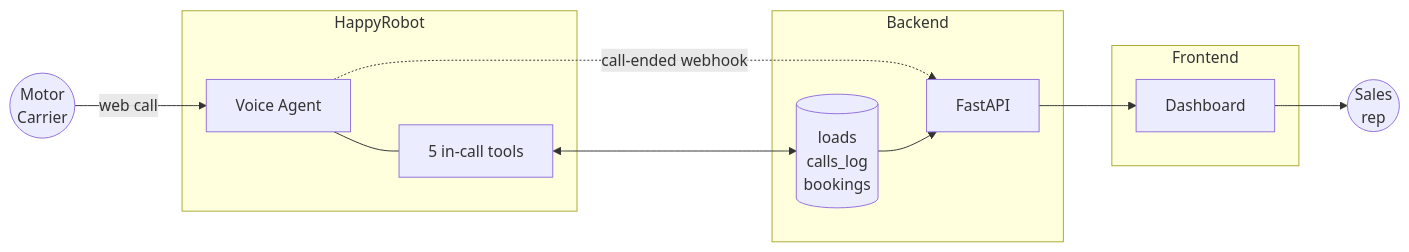
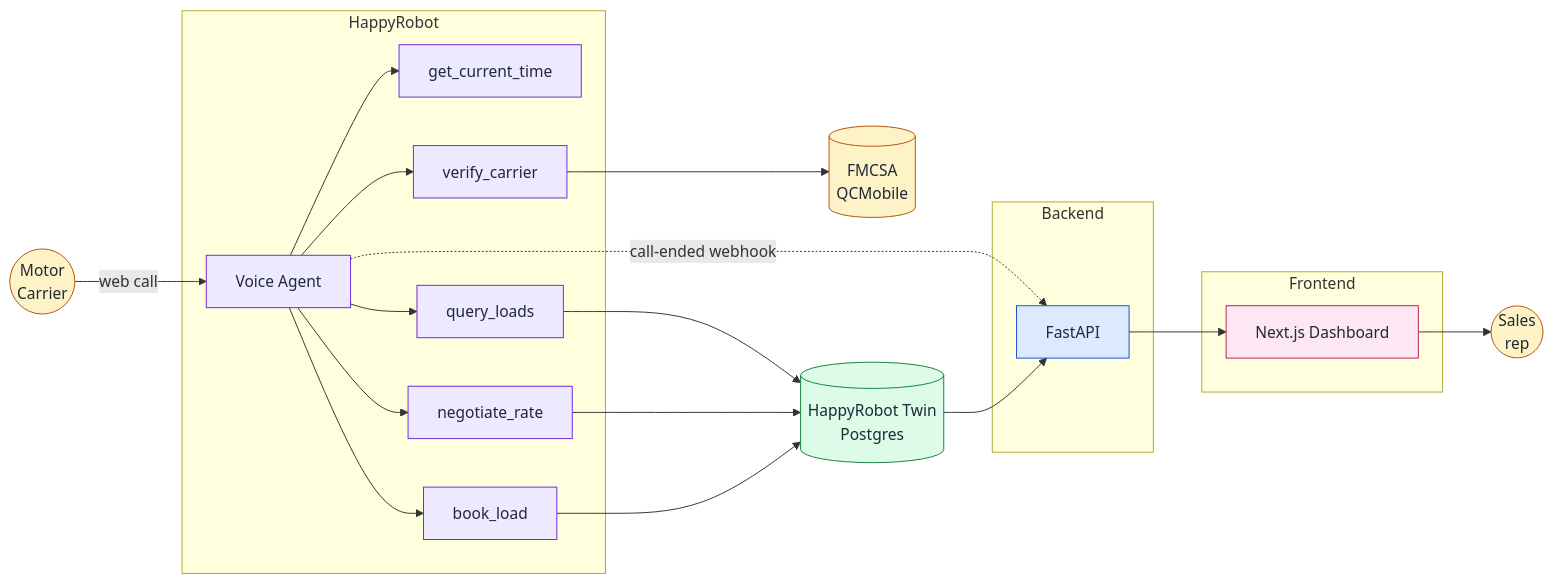
The diagram in README.md (AndresMorones/AcmeLogistics), drawn with Mermaid before and after one commit. The commit also changed other lines of this file and 1 other file, not shown here.

Commit message:
Docs refresh #5

````diff
--- a/README.md
+++ b/README.md
@@ -36,28 +36,54 @@
 ```mermaid
 flowchart LR
     Carrier((Motor<br/>Carrier))
 
     subgraph HappyRobot
         Voice[Voice Agent]
-        Tools[5 in-call tools]
-        Voice --- Tools
+        GetTime[get_current_time]
+        Verify[verify_carrier]
+        Query[query_loads]
+        Negotiate[negotiate_rate]
+        Book[book_load]
+
+        Voice --> GetTime
+        Voice --> Verify
+        Voice --> Query
+        Voice --> Negotiate
+        Voice --> Book
     end
+
+    FMCSA[(FMCSA<br/>QCMobile)]
+    Twin[(HappyRobot Twin<br/>Postgres)]
 
     subgraph Backend
         API[FastAPI]
-        Twin[(loads<br/>calls_log<br/>bookings)]
     end
 
     subgraph Frontend
-        Dash[Dashboard]
+        Dash[Next.js Dashboard]
     end
 
     Sales((Sales<br/>rep))
 
     Carrier -->|web call| Voice
-    Tools <--> Twin
+    Verify --> FMCSA
+    Query --> Twin
+    Negotiate --> Twin
+    Book --> Twin
     Voice -.->|call-ended webhook| API
     Twin --> API
     API --> Dash
     Dash --> Sales
+
+    classDef external fill:#fef3c7,stroke:#b45309,color:#1f2937
+    classDef hrNode fill:#ede9fe,stroke:#6d28d9,color:#1f2937
+    classDef store fill:#dcfce7,stroke:#15803d,color:#1f2937
+    classDef backend fill:#dbeafe,stroke:#1d4ed8,color:#1f2937
+    classDef frontend fill:#fce7f3,stroke:#be185d,color:#1f2937
+
+    class Carrier,Sales,FMCSA external
+    class Voice,GetTime,Verify,Query,Negotiate,Book hrNode
+    class Twin store
+    class API backend
+    class Dash frontend
 ```
````
